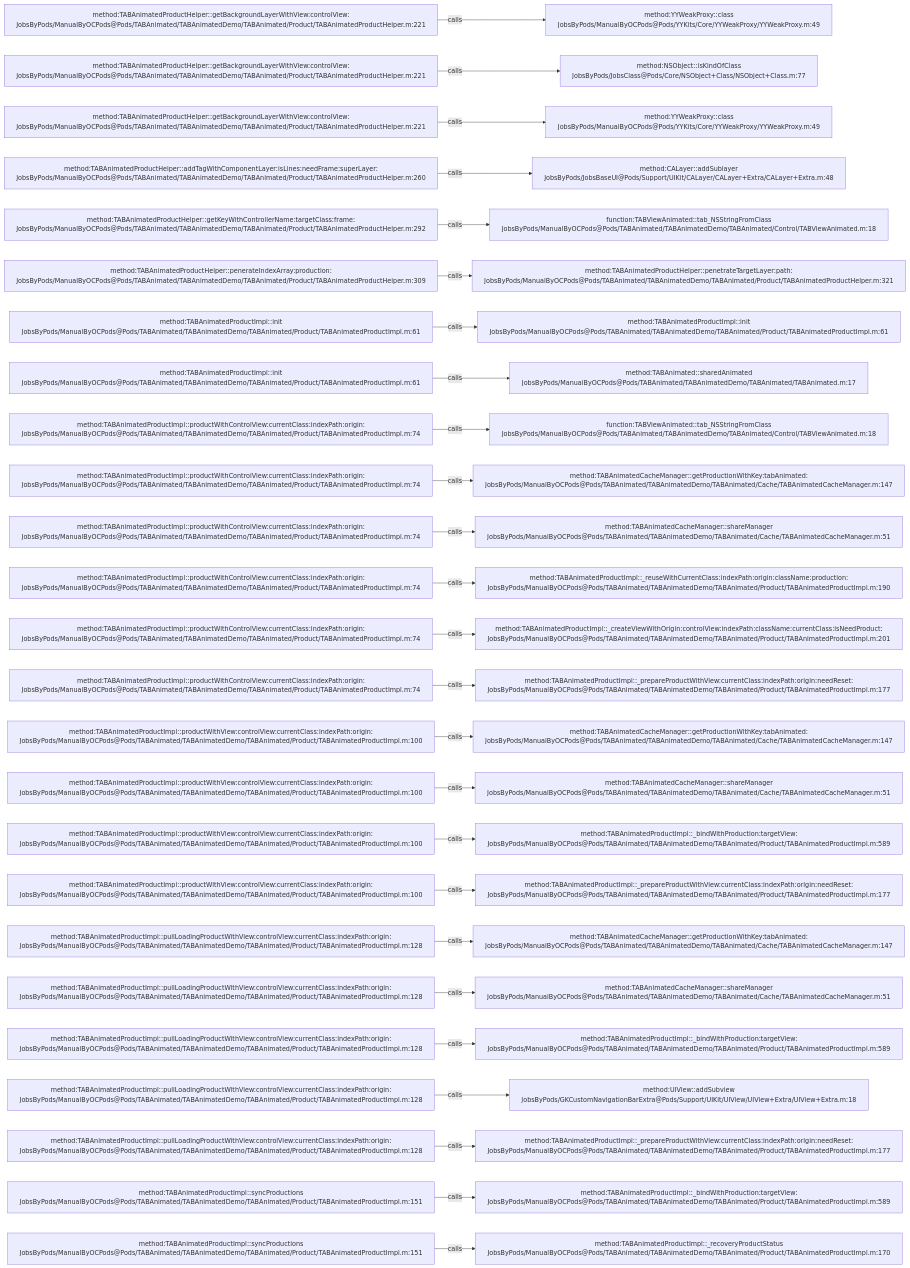
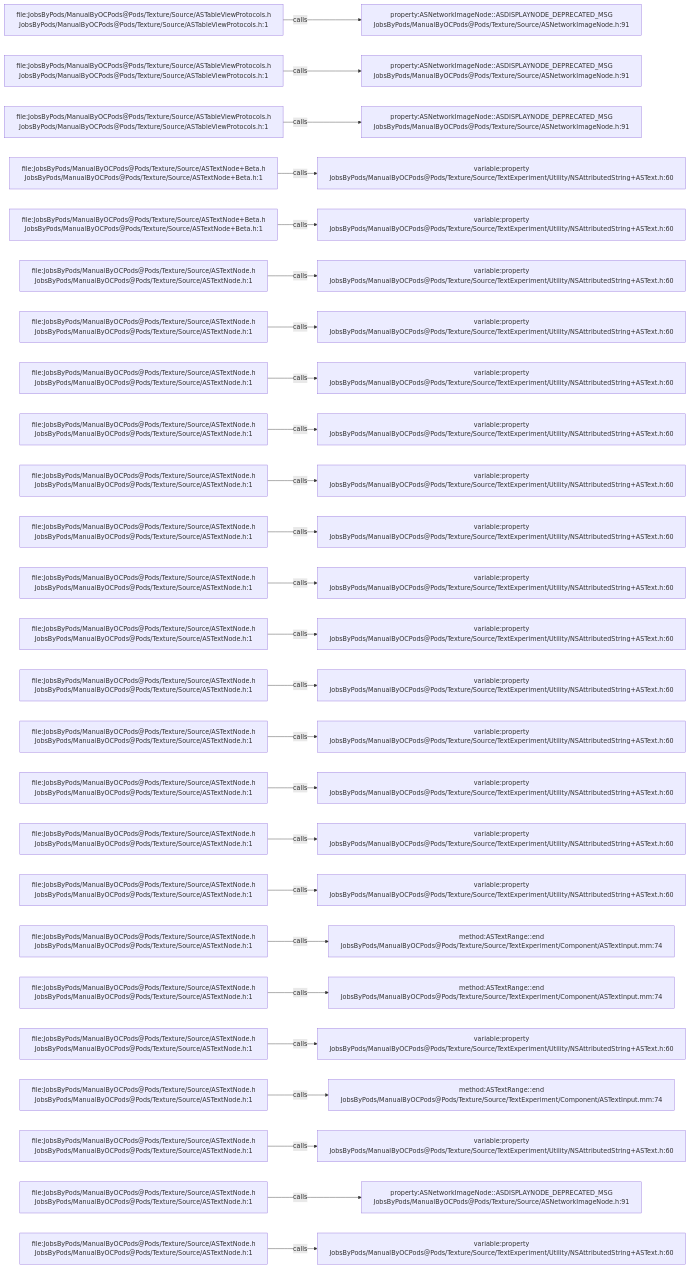
The diagram in .codegraph/codegraph.md/graphs/calls-140.md (JobsKits/JobsOCBaseConfigDemo), drawn with Mermaid before and after one commit. The commit also changed 2162 other files, not shown here.

````diff
--- a/.codegraph/codegraph.md/graphs/calls-140.md
+++ b/.codegraph/codegraph.md/graphs/calls-140.md
@@ -13,78 +13,78 @@
 ```mermaid
 flowchart LR
-  S1["method:TABAnimatedProductHelper::getBackgroundLayerWithView:controlView:<br/>JobsByPods/ManualByOCPods@Pods/TABAnimated/TABAnimatedDemo/TABAnimated/Product/TABAnimatedProductHelper.m:221"]
-  T1["method:YYWeakProxy::class<br/>JobsByPods/ManualByOCPods@Pods/YYKits/Core/YYWeakProxy/YYWeakProxy.m:49"]
+  S1["file:JobsByPods/ManualByOCPods@Pods/Texture/Source/ASTableViewProtocols.h<br/>JobsByPods/ManualByOCPods@Pods/Texture/Source/ASTableViewProtocols.h:1"]
+  T1["property:ASNetworkImageNode::ASDISPLAYNODE_DEPRECATED_MSG<br/>JobsByPods/ManualByOCPods@Pods/Texture/Source/ASNetworkImageNode.h:91"]
   S1 -->|calls| T1
-  S2["method:TABAnimatedProductHelper::getBackgroundLayerWithView:controlView:<br/>JobsByPods/ManualByOCPods@Pods/TABAnimated/TABAnimatedDemo/TABAnimated/Product/TABAnimatedProductHelper.m:221"]
-  T2["method:NSObject::isKindOfClass<br/>JobsByPods/JobsClass@Pods/Core/NSObject+Class/NSObject+Class.m:77"]
+  S2["file:JobsByPods/ManualByOCPods@Pods/Texture/Source/ASTableViewProtocols.h<br/>JobsByPods/ManualByOCPods@Pods/Texture/Source/ASTableViewProtocols.h:1"]
+  T2["property:ASNetworkImageNode::ASDISPLAYNODE_DEPRECATED_MSG<br/>JobsByPods/ManualByOCPods@Pods/Texture/Source/ASNetworkImageNode.h:91"]
   S2 -->|calls| T2
-  S3["method:TABAnimatedProductHelper::getBackgroundLayerWithView:controlView:<br/>JobsByPods/ManualByOCPods@Pods/TABAnimated/TABAnimatedDemo/TABAnimated/Product/TABAnimatedProductHelper.m:221"]
-  T3["method:YYWeakProxy::class<br/>JobsByPods/ManualByOCPods@Pods/YYKits/Core/YYWeakProxy/YYWeakProxy.m:49"]
+  S3["file:JobsByPods/ManualByOCPods@Pods/Texture/Source/ASTableViewProtocols.h<br/>JobsByPods/ManualByOCPods@Pods/Texture/Source/ASTableViewProtocols.h:1"]
+  T3["property:ASNetworkImageNode::ASDISPLAYNODE_DEPRECATED_MSG<br/>JobsByPods/ManualByOCPods@Pods/Texture/Source/ASNetworkImageNode.h:91"]
   S3 -->|calls| T3
-  S4["method:TABAnimatedProductHelper::addTagWithComponentLayer:isLines:needFrame:superLayer:<br/>JobsByPods/ManualByOCPods@Pods/TABAnimated/TABAnimatedDemo/TABAnimated/Product/TABAnimatedProductHelper.m:260"]
-  T4["method:CALayer::addSublayer<br/>JobsByPods/JobsBaseUI@Pods/Support/UIKit/CALayer/CALayer+Extra/CALayer+Extra.m:48"]
+  S4["file:JobsByPods/ManualByOCPods@Pods/Texture/Source/ASTextNode+Beta.h<br/>JobsByPods/ManualByOCPods@Pods/Texture/Source/ASTextNode+Beta.h:1"]
+  T4["variable:property<br/>JobsByPods/ManualByOCPods@Pods/Texture/Source/TextExperiment/Utility/NSAttributedString+ASText.h:60"]
   S4 -->|calls| T4
-  S5["method:TABAnimatedProductHelper::getKeyWithControllerName:targetClass:frame:<br/>JobsByPods/ManualByOCPods@Pods/TABAnimated/TABAnimatedDemo/TABAnimated/Product/TABAnimatedProductHelper.m:292"]
-  T5["function:TABViewAnimated::tab_NSStringFromClass<br/>JobsByPods/ManualByOCPods@Pods/TABAnimated/TABAnimatedDemo/TABAnimated/Control/TABViewAnimated.m:18"]
+  S5["file:JobsByPods/ManualByOCPods@Pods/Texture/Source/ASTextNode+Beta.h<br/>JobsByPods/ManualByOCPods@Pods/Texture/Source/ASTextNode+Beta.h:1"]
+  T5["variable:property<br/>JobsByPods/ManualByOCPods@Pods/Texture/Source/TextExperiment/Utility/NSAttributedString+ASText.h:60"]
   S5 -->|calls| T5
-  S6["method:TABAnimatedProductHelper::penerateIndexArray:production:<br/>JobsByPods/ManualByOCPods@Pods/TABAnimated/TABAnimatedDemo/TABAnimated/Product/TABAnimatedProductHelper.m:309"]
-  T6["method:TABAnimatedProductHelper::penetrateTargetLayer:path:<br/>JobsByPods/ManualByOCPods@Pods/TABAnimated/TABAnimatedDemo/TABAnimated/Product/TABAnimatedProductHelper.m:321"]
+  S6["file:JobsByPods/ManualByOCPods@Pods/Texture/Source/ASTextNode.h<br/>JobsByPods/ManualByOCPods@Pods/Texture/Source/ASTextNode.h:1"]
+  T6["variable:property<br/>JobsByPods/ManualByOCPods@Pods/Texture/Source/TextExperiment/Utility/NSAttributedString+ASText.h:60"]
   S6 -->|calls| T6
-  S7["method:TABAnimatedProductImpl::init<br/>JobsByPods/ManualByOCPods@Pods/TABAnimated/TABAnimatedDemo/TABAnimated/Product/TABAnimatedProductImpl.m:61"]
-  T7["method:TABAnimatedProductImpl::init<br/>JobsByPods/ManualByOCPods@Pods/TABAnimated/TABAnimatedDemo/TABAnimated/Product/TABAnimatedProductImpl.m:61"]
+  S7["file:JobsByPods/ManualByOCPods@Pods/Texture/Source/ASTextNode.h<br/>JobsByPods/ManualByOCPods@Pods/Texture/Source/ASTextNode.h:1"]
+  T7["variable:property<br/>JobsByPods/ManualByOCPods@Pods/Texture/Source/TextExperiment/Utility/NSAttributedString+ASText.h:60"]
   S7 -->|calls| T7
-  S8["method:TABAnimatedProductImpl::init<br/>JobsByPods/ManualByOCPods@Pods/TABAnimated/TABAnimatedDemo/TABAnimated/Product/TABAnimatedProductImpl.m:61"]
-  T8["method:TABAnimated::sharedAnimated<br/>JobsByPods/ManualByOCPods@Pods/TABAnimated/TABAnimatedDemo/TABAnimated/TABAnimated.m:17"]
+  S8["file:JobsByPods/ManualByOCPods@Pods/Texture/Source/ASTextNode.h<br/>JobsByPods/ManualByOCPods@Pods/Texture/Source/ASTextNode.h:1"]
+  T8["variable:property<br/>JobsByPods/ManualByOCPods@Pods/Texture/Source/TextExperiment/Utility/NSAttributedString+ASText.h:60"]
   S8 -->|calls| T8
-  S9["method:TABAnimatedProductImpl::productWithControlView:currentClass:indexPath:origin:<br/>JobsByPods/ManualByOCPods@Pods/TABAnimated/TABAnimatedDemo/TABAnimated/Product/TABAnimatedProductImpl.m:74"]
-  T9["function:TABViewAnimated::tab_NSStringFromClass<br/>JobsByPods/ManualByOCPods@Pods/TABAnimated/TABAnimatedDemo/TABAnimated/Control/TABViewAnimated.m:18"]
+  S9["file:JobsByPods/ManualByOCPods@Pods/Texture/Source/ASTextNode.h<br/>JobsByPods/ManualByOCPods@Pods/Texture/Source/ASTextNode.h:1"]
+  T9["variable:property<br/>JobsByPods/ManualByOCPods@Pods/Texture/Source/TextExperiment/Utility/NSAttributedString+ASText.h:60"]
   S9 -->|calls| T9
-  S10["method:TABAnimatedProductImpl::productWithControlView:currentClass:indexPath:origin:<br/>JobsByPods/ManualByOCPods@Pods/TABAnimated/TABAnimatedDemo/TABAnimated/Product/TABAnimatedProductImpl.m:74"]
-  T10["method:TABAnimatedCacheManager::getProductionWithKey:tabAnimated:<br/>JobsByPods/ManualByOCPods@Pods/TABAnimated/TABAnimatedDemo/TABAnimated/Cache/TABAnimatedCacheManager.m:147"]
+  S10["file:JobsByPods/ManualByOCPods@Pods/Texture/Source/ASTextNode.h<br/>JobsByPods/ManualByOCPods@Pods/Texture/Source/ASTextNode.h:1"]
+  T10["variable:property<br/>JobsByPods/ManualByOCPods@Pods/Texture/Source/TextExperiment/Utility/NSAttributedString+ASText.h:60"]
   S10 -->|calls| T10
-  S11["method:TABAnimatedProductImpl::productWithControlView:currentClass:indexPath:origin:<br/>JobsByPods/ManualByOCPods@Pods/TABAnimated/TABAnimatedDemo/TABAnimated/Product/TABAnimatedProductImpl.m:74"]
-  T11["method:TABAnimatedCacheManager::shareManager<br/>JobsByPods/ManualByOCPods@Pods/TABAnimated/TABAnimatedDemo/TABAnimated/Cache/TABAnimatedCacheManager.m:51"]
+  S11["file:JobsByPods/ManualByOCPods@Pods/Texture/Source/ASTextNode.h<br/>JobsByPods/ManualByOCPods@Pods/Texture/Source/ASTextNode.h:1"]
+  T11["variable:property<br/>JobsByPods/ManualByOCPods@Pods/Texture/Source/TextExperiment/Utility/NSAttributedString+ASText.h:60"]
   S11 -->|calls| T11
-  S12["method:TABAnimatedProductImpl::productWithControlView:currentClass:indexPath:origin:<br/>JobsByPods/ManualByOCPods@Pods/TABAnimated/TABAnimatedDemo/TABAnimated/Product/TABAnimatedProductImpl.m:74"]
-  T12["method:TABAnimatedProductImpl::_reuseWithCurrentClass:indexPath:origin:className:production:<br/>JobsByPods/ManualByOCPods@Pods/TABAnimated/TABAnimatedDemo/TABAnimated/Product/TABAnimatedProductImpl.m:190"]
+  S12["file:JobsByPods/ManualByOCPods@Pods/Texture/Source/ASTextNode.h<br/>JobsByPods/ManualByOCPods@Pods/Texture/Source/ASTextNode.h:1"]
+  T12["variable:property<br/>JobsByPods/ManualByOCPods@Pods/Texture/Source/TextExperiment/Utility/NSAttributedString+ASText.h:60"]
   S12 -->|calls| T12
-  S13["method:TABAnimatedProductImpl::productWithControlView:currentClass:indexPath:origin:<br/>JobsByPods/ManualByOCPods@Pods/TABAnimated/TABAnimatedDemo/TABAnimated/Product/TABAnimatedProductImpl.m:74"]
-  T13["method:TABAnimatedProductImpl::_createViewWithOrigin:controlView:indexPath:className:currentClass:isNeedProduct:<br/>JobsByPods/ManualByOCPods@Pods/TABAnimated/TABAnimatedDemo/TABAnimated/Product/TABAnimatedProductImpl.m:201"]
+  S13["file:JobsByPods/ManualByOCPods@Pods/Texture/Source/ASTextNode.h<br/>JobsByPods/ManualByOCPods@Pods/Texture/Source/ASTextNode.h:1"]
+  T13["variable:property<br/>JobsByPods/ManualByOCPods@Pods/Texture/Source/TextExperiment/Utility/NSAttributedString+ASText.h:60"]
   S13 -->|calls| T13
-  S14["method:TABAnimatedProductImpl::productWithControlView:currentClass:indexPath:origin:<br/>JobsByPods/ManualByOCPods@Pods/TABAnimated/TABAnimatedDemo/TABAnimated/Product/TABAnimatedProductImpl.m:74"]
-  T14["method:TABAnimatedProductImpl::_prepareProductWithView:currentClass:indexPath:origin:needReset:<br/>JobsByPods/ManualByOCPods@Pods/TABAnimated/TABAnimatedDemo/TABAnimated/Product/TABAnimatedProductImpl.m:177"]
+  S14["file:JobsByPods/ManualByOCPods@Pods/Texture/Source/ASTextNode.h<br/>JobsByPods/ManualByOCPods@Pods/Texture/Source/ASTextNode.h:1"]
+  T14["variable:property<br/>JobsByPods/ManualByOCPods@Pods/Texture/Source/TextExperiment/Utility/NSAttributedString+ASText.h:60"]
   S14 -->|calls| T14
-  S15["method:TABAnimatedProductImpl::productWithView:controlView:currentClass:indexPath:origin:<br/>JobsByPods/ManualByOCPods@Pods/TABAnimated/TABAnimatedDemo/TABAnimated/Product/TABAnimatedProductImpl.m:100"]
-  T15["method:TABAnimatedCacheManager::getProductionWithKey:tabAnimated:<br/>JobsByPods/ManualByOCPods@Pods/TABAnimated/TABAnimatedDemo/TABAnimated/Cache/TABAnimatedCacheManager.m:147"]
+  S15["file:JobsByPods/ManualByOCPods@Pods/Texture/Source/ASTextNode.h<br/>JobsByPods/ManualByOCPods@Pods/Texture/Source/ASTextNode.h:1"]
+  T15["variable:property<br/>JobsByPods/ManualByOCPods@Pods/Texture/Source/TextExperiment/Utility/NSAttributedString+ASText.h:60"]
   S15 -->|calls| T15
-  S16["method:TABAnimatedProductImpl::productWithView:controlView:currentClass:indexPath:origin:<br/>JobsByPods/ManualByOCPods@Pods/TABAnimated/TABAnimatedDemo/TABAnimated/Product/TABAnimatedProductImpl.m:100"]
-  T16["method:TABAnimatedCacheManager::shareManager<br/>JobsByPods/ManualByOCPods@Pods/TABAnimated/TABAnimatedDemo/TABAnimated/Cache/TABAnimatedCacheManager.m:51"]
+  S16["file:JobsByPods/ManualByOCPods@Pods/Texture/Source/ASTextNode.h<br/>JobsByPods/ManualByOCPods@Pods/Texture/Source/ASTextNode.h:1"]
+  T16["variable:property<br/>JobsByPods/ManualByOCPods@Pods/Texture/Source/TextExperiment/Utility/NSAttributedString+ASText.h:60"]
   S16 -->|calls| T16
-  S17["method:TABAnimatedProductImpl::productWithView:controlView:currentClass:indexPath:origin:<br/>JobsByPods/ManualByOCPods@Pods/TABAnimated/TABAnimatedDemo/TABAnimated/Product/TABAnimatedProductImpl.m:100"]
-  T17["method:TABAnimatedProductImpl::_bindWithProduction:targetView:<br/>JobsByPods/ManualByOCPods@Pods/TABAnimated/TABAnimatedDemo/TABAnimated/Product/TABAnimatedProductImpl.m:589"]
+  S17["file:JobsByPods/ManualByOCPods@Pods/Texture/Source/ASTextNode.h<br/>JobsByPods/ManualByOCPods@Pods/Texture/Source/ASTextNode.h:1"]
+  T17["variable:property<br/>JobsByPods/ManualByOCPods@Pods/Texture/Source/TextExperiment/Utility/NSAttributedString+ASText.h:60"]
   S17 -->|calls| T17
-  S18["method:TABAnimatedProductImpl::productWithView:controlView:currentClass:indexPath:origin:<br/>JobsByPods/ManualByOCPods@Pods/TABAnimated/TABAnimatedDemo/TABAnimated/Product/TABAnimatedProductImpl.m:100"]
-  T18["method:TABAnimatedProductImpl::_prepareProductWithView:currentClass:indexPath:origin:needReset:<br/>JobsByPods/ManualByOCPods@Pods/TABAnimated/TABAnimatedDemo/TABAnimated/Product/TABAnimatedProductImpl.m:177"]
+  S18["file:JobsByPods/ManualByOCPods@Pods/Texture/Source/ASTextNode.h<br/>JobsByPods/ManualByOCPods@Pods/Texture/Source/ASTextNode.h:1"]
+  T18["variable:property<br/>JobsByPods/ManualByOCPods@Pods/Texture/Source/TextExperiment/Utility/NSAttributedString+ASText.h:60"]
   S18 -->|calls| T18
-  S19["method:TABAnimatedProductImpl::pullLoadingProductWithView:controlView:currentClass:indexPath:origin:<br/>JobsByPods/ManualByOCPods@Pods/TABAnimated/TABAnimatedDemo/TABAnimated/Product/TABAnimatedProductImpl.m:128"]
-  T19["method:TABAnimatedCacheManager::getProductionWithKey:tabAnimated:<br/>JobsByPods/ManualByOCPods@Pods/TABAnimated/TABAnimatedDemo/TABAnimated/Cache/TABAnimatedCacheManager.m:147"]
+  S19["file:JobsByPods/ManualByOCPods@Pods/Texture/Source/ASTextNode.h<br/>JobsByPods/ManualByOCPods@Pods/Texture/Source/ASTextNode.h:1"]
+  T19["method:ASTextRange::end<br/>JobsByPods/ManualByOCPods@Pods/Texture/Source/TextExperiment/Component/ASTextInput.mm:74"]
   S19 -->|calls| T19
-  S20["method:TABAnimatedProductImpl::pullLoadingProductWithView:controlView:currentClass:indexPath:origin:<br/>JobsByPods/ManualByOCPods@Pods/TABAnimated/TABAnimatedDemo/TABAnimated/Product/TABAnimatedProductImpl.m:128"]
-  T20["method:TABAnimatedCacheManager::shareManager<br/>JobsByPods/ManualByOCPods@Pods/TABAnimated/TABAnimatedDemo/TABAnimated/Cache/TABAnimatedCacheManager.m:51"]
+  S20["file:JobsByPods/ManualByOCPods@Pods/Texture/Source/ASTextNode.h<br/>JobsByPods/ManualByOCPods@Pods/Texture/Source/ASTextNode.h:1"]
+  T20["method:ASTextRange::end<br/>JobsByPods/ManualByOCPods@Pods/Texture/Source/TextExperiment/Component/ASTextInput.mm:74"]
   S20 -->|calls| T20
-  S21["method:TABAnimatedProductImpl::pullLoadingProductWithView:controlView:currentClass:indexPath:origin:<br/>JobsByPods/ManualByOCPods@Pods/TABAnimated/TABAnimatedDemo/TABAnimated/Product/TABAnimatedProductImpl.m:128"]
-  T21["method:TABAnimatedProductImpl::_bindWithProduction:targetView:<br/>JobsByPods/ManualByOCPods@Pods/TABAnimated/TABAnimatedDemo/TABAnimated/Product/TABAnimatedProductImpl.m:589"]
+  S21["file:JobsByPods/ManualByOCPods@Pods/Texture/Source/ASTextNode.h<br/>JobsByPods/ManualByOCPods@Pods/Texture/Source/ASTextNode.h:1"]
+  T21["variable:property<br/>JobsByPods/ManualByOCPods@Pods/Texture/Source/TextExperiment/Utility/NSAttributedString+ASText.h:60"]
   S21 -->|calls| T21
-  S22["method:TABAnimatedProductImpl::pullLoadingProductWithView:controlView:currentClass:indexPath:origin:<br/>JobsByPods/ManualByOCPods@Pods/TABAnimated/TABAnimatedDemo/TABAnimated/Product/TABAnimatedProductImpl.m:128"]
-  T22["method:UIView::addSubview<br/>JobsByPods/GKCustomNavigationBarExtra@Pods/Support/UIKit/UIView/UIView+Extra/UIView+Extra.m:18"]
+  S22["file:JobsByPods/ManualByOCPods@Pods/Texture/Source/ASTextNode.h<br/>JobsByPods/ManualByOCPods@Pods/Texture/Source/ASTextNode.h:1"]
+  T22["method:ASTextRange::end<br/>JobsByPods/ManualByOCPods@Pods/Texture/Source/TextExperiment/Component/ASTextInput.mm:74"]
   S22 -->|calls| T22
-  S23["method:TABAnimatedProductImpl::pullLoadingProductWithView:controlView:currentClass:indexPath:origin:<br/>JobsByPods/ManualByOCPods@Pods/TABAnimated/TABAnimatedDemo/TABAnimated/Product/TABAnimatedProductImpl.m:128"]
-  T23["method:TABAnimatedProductImpl::_prepareProductWithView:currentClass:indexPath:origin:needReset:<br/>JobsByPods/ManualByOCPods@Pods/TABAnimated/TABAnimatedDemo/TABAnimated/Product/TABAnimatedProductImpl.m:177"]
+  S23["file:JobsByPods/ManualByOCPods@Pods/Texture/Source/ASTextNode.h<br/>JobsByPods/ManualByOCPods@Pods/Texture/Source/ASTextNode.h:1"]
+  T23["variable:property<br/>JobsByPods/ManualByOCPods@Pods/Texture/Source/TextExperiment/Utility/NSAttributedString+ASText.h:60"]
   S23 -->|calls| T23
-  S24["method:TABAnimatedProductImpl::syncProductions<br/>JobsByPods/ManualByOCPods@Pods/TABAnimated/TABAnimatedDemo/TABAnimated/Product/TABAnimatedProductImpl.m:151"]
-  T24["method:TABAnimatedProductImpl::_bindWithProduction:targetView:<br/>JobsByPods/ManualByOCPods@Pods/TABAnimated/TABAnimatedDemo/TABAnimated/Product/TABAnimatedProductImpl.m:589"]
+  S24["file:JobsByPods/ManualByOCPods@Pods/Texture/Source/ASTextNode.h<br/>JobsByPods/ManualByOCPods@Pods/Texture/Source/ASTextNode.h:1"]
+  T24["property:ASNetworkImageNode::ASDISPLAYNODE_DEPRECATED_MSG<br/>JobsByPods/ManualByOCPods@Pods/Texture/Source/ASNetworkImageNode.h:91"]
   S24 -->|calls| T24
-  S25["method:TABAnimatedProductImpl::syncProductions<br/>JobsByPods/ManualByOCPods@Pods/TABAnimated/TABAnimatedDemo/TABAnimated/Product/TABAnimatedProductImpl.m:151"]
-  T25["method:TABAnimatedProductImpl::_recoveryProductStatus<br/>JobsByPods/ManualByOCPods@Pods/TABAnimated/TABAnimatedDemo/TABAnimated/Product/TABAnimatedProductImpl.m:170"]
+  S25["file:JobsByPods/ManualByOCPods@Pods/Texture/Source/ASTextNode.h<br/>JobsByPods/ManualByOCPods@Pods/Texture/Source/ASTextNode.h:1"]
+  T25["variable:property<br/>JobsByPods/ManualByOCPods@Pods/Texture/Source/TextExperiment/Utility/NSAttributedString+ASText.h:60"]
   S25 -->|calls| T25
 ```
````
